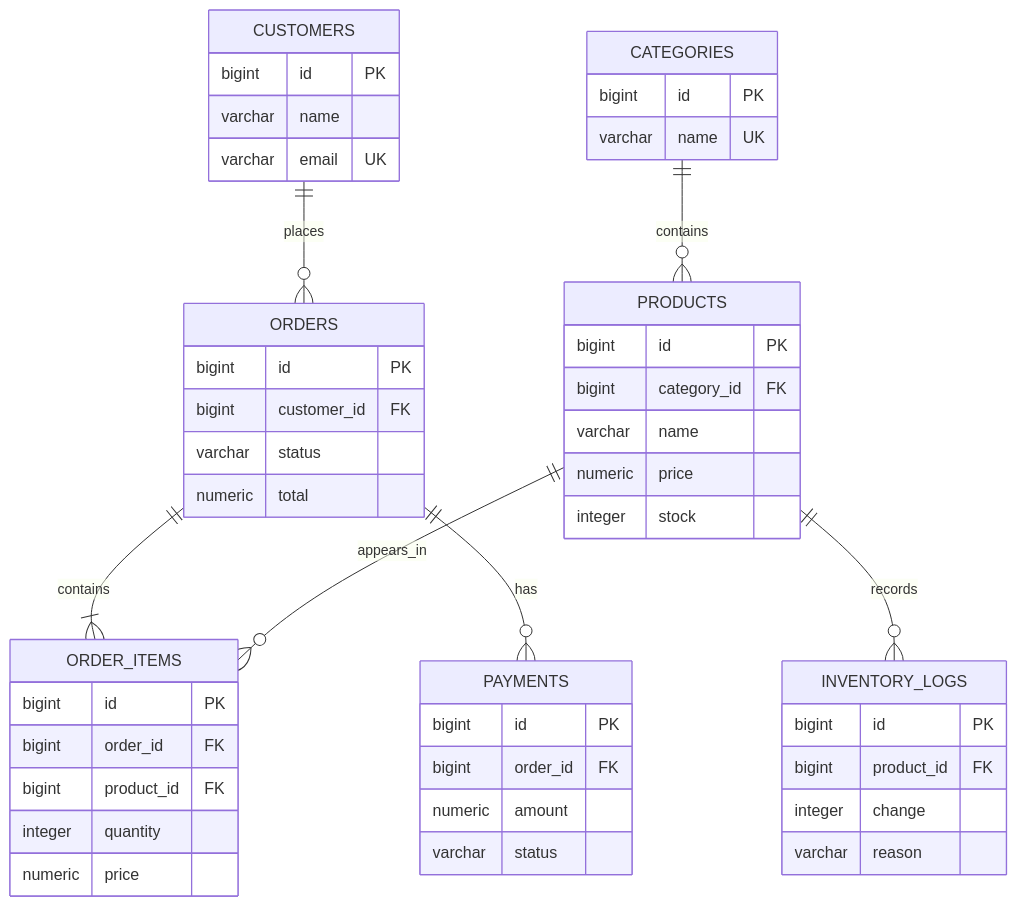
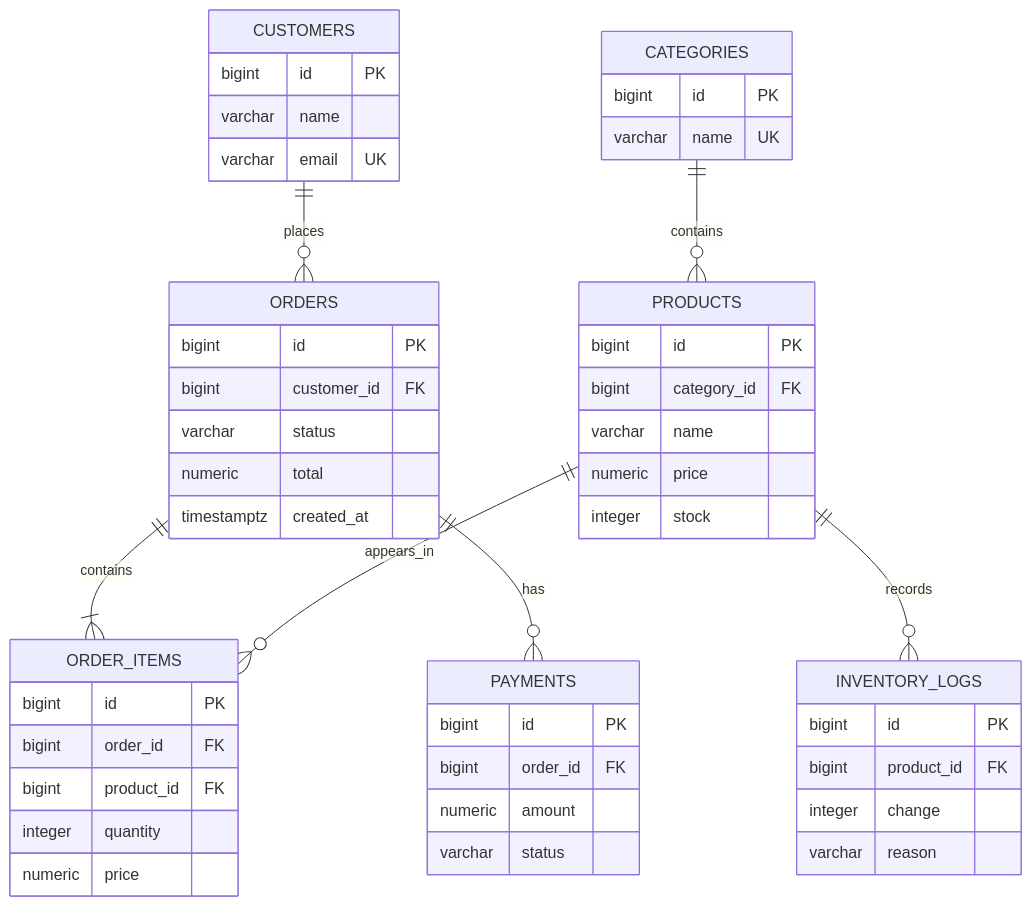
The diagram in Sipe_Olaoluwa_301911387_Portfolio1_DatabaseDesign/Sipe_Olaoluwa_301911387_Portfolio1_DatabaseDesign_ERD.mmd (olaoluwasipe/Sipe_Olaoluwa_301911387), drawn with Mermaid before and after one commit. The commit also changed 4 other files, not shown here.

Commit message:
feat: add order timestamps and the ER diagram

```diff
--- a/Sipe_Olaoluwa_301911387_Portfolio1_DatabaseDesign/Sipe_Olaoluwa_301911387_Portfolio1_DatabaseDesign_ERD.mmd
+++ b/Sipe_Olaoluwa_301911387_Portfolio1_DatabaseDesign/Sipe_Olaoluwa_301911387_Portfolio1_DatabaseDesign_ERD.mmd
@@ -1,56 +1,57 @@
 
 erDiagram
     CUSTOMERS ||--o{ ORDERS : places
     CATEGORIES ||--o{ PRODUCTS : contains
     ORDERS ||--|{ ORDER_ITEMS : contains
     PRODUCTS ||--o{ ORDER_ITEMS : appears_in
     ORDERS ||--o{ PAYMENTS : has
     PRODUCTS ||--o{ INVENTORY_LOGS : records
 
     CUSTOMERS {
         bigint id PK
         varchar name
         varchar email UK
     }
 
     CATEGORIES {
         bigint id PK
         varchar name UK
     }
 
     PRODUCTS {
         bigint id PK
         bigint category_id FK
         varchar name
         numeric price
         integer stock
     }
 
     ORDERS {
         bigint id PK
         bigint customer_id FK
         varchar status
         numeric total
+        timestamptz created_at
     }
 
     ORDER_ITEMS {
         bigint id PK
         bigint order_id FK
         bigint product_id FK
         integer quantity
         numeric price
     }
 
     PAYMENTS {
         bigint id PK
         bigint order_id FK
         numeric amount
         varchar status
     }
 
     INVENTORY_LOGS {
         bigint id PK
         bigint product_id FK
         integer change
         varchar reason
     }
```
